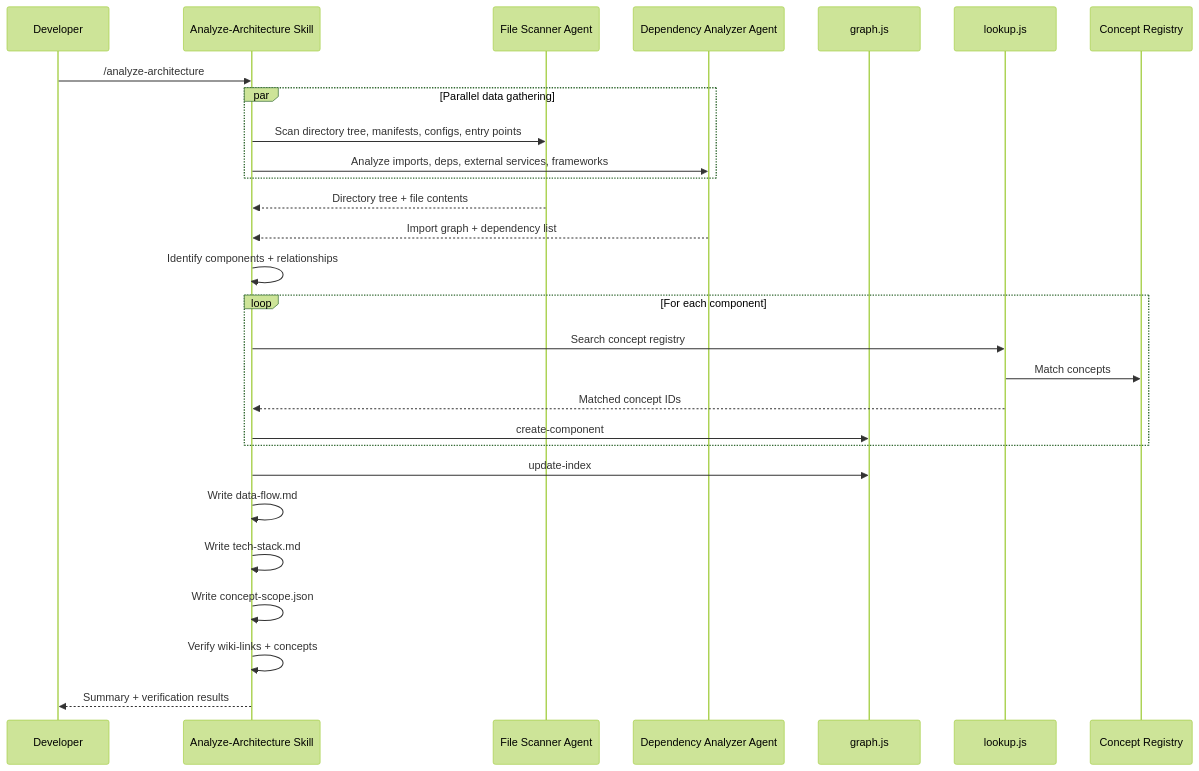
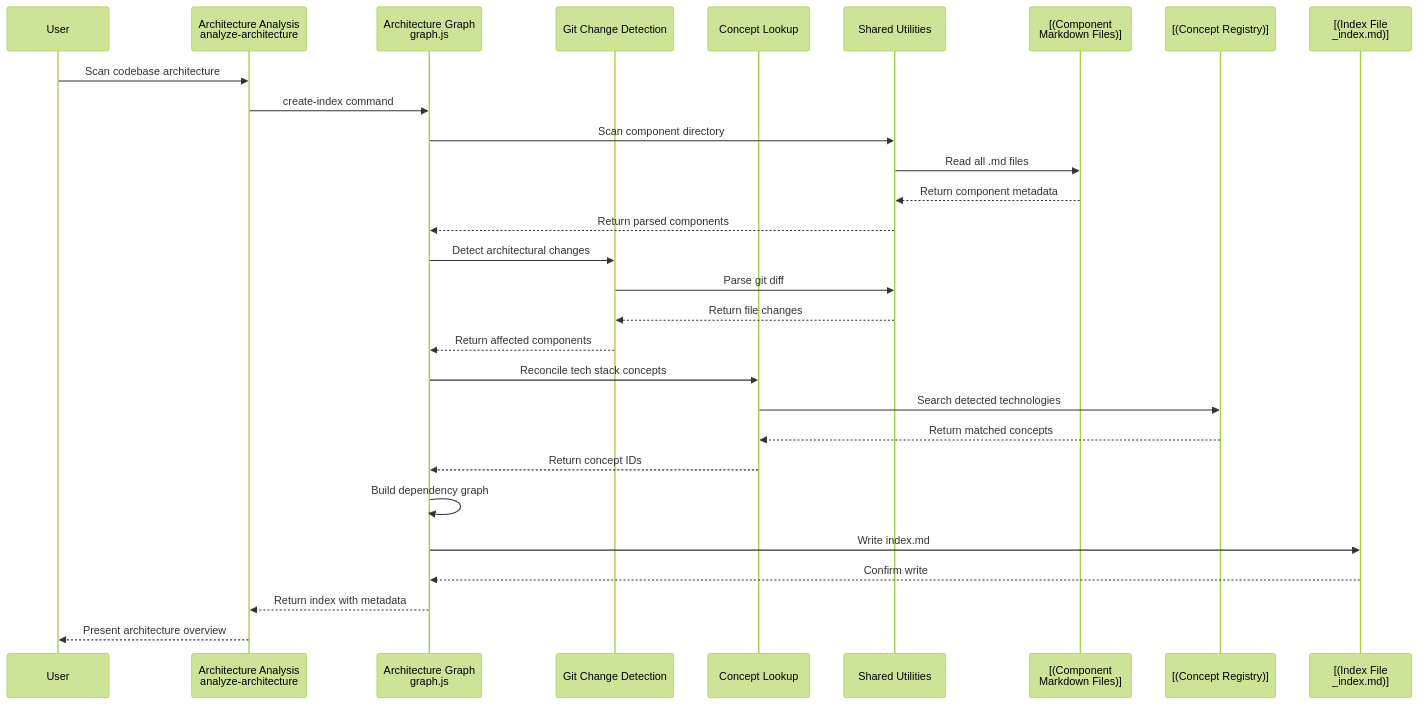
One commit to theadityamittal/claude-professor changed the fourth of 4 diagrams in docs/professor/architecture/data-flow.md. Above: the diagram before and after it, drawn with Mermaid (forest theme). The commit also changed other lines of this file and 25 other files, not shown here.

First line of the commit message:
docs: regenerate architecture components for v3.1.0

````diff
--- a/docs/professor/architecture/data-flow.md
+++ b/docs/professor/architecture/data-flow.md
@@ -85,34 +135,36 @@
 ```mermaid
 sequenceDiagram
-    participant Dev as Developer
-    participant AA as Analyze-Architecture Skill
-    participant FS as File Scanner Agent
-    participant DA as Dependency Analyzer Agent
-    participant GR as graph.js
-    participant LK as lookup.js
-    participant CR as Concept Registry
-
-    Dev->>AA: /analyze-architecture
-    par Parallel data gathering
-        AA->>FS: Scan directory tree, manifests, configs, entry points
-        AA->>DA: Analyze imports, deps, external services, frameworks
-    end
-    FS-->>AA: Directory tree + file contents
-    DA-->>AA: Import graph + dependency list
-
-    AA->>AA: Identify components + relationships
-
-    loop For each component
-        AA->>LK: Search concept registry
-        LK->>CR: Match concepts
-        LK-->>AA: Matched concept IDs
-        AA->>GR: create-component
-    end
-
-    AA->>GR: update-index
-    AA->>AA: Write data-flow.md
-    AA->>AA: Write tech-stack.md
-    AA->>AA: Write concept-scope.json
-    AA->>AA: Verify wiki-links + concepts
-    AA-->>Dev: Summary + verification results
+    participant User
+    participant AnalysisSkill as Architecture Analysis<br/>analyze-architecture
+    participant ArchGraph as Architecture Graph<br/>graph.js
+    participant GitDetect as Git Change Detection
+    participant ConceptLookup as Concept Lookup
+    participant SharedUtils as Shared Utilities
+    participant ComponentFiles as [(Component<br/>Markdown Files)]
+    participant ConceptRegistry as [(Concept Registry)]
+    participant IndexFile as [(Index File<br/>_index.md)]
+    
+    User->>AnalysisSkill: Scan codebase architecture
+    AnalysisSkill->>ArchGraph: create-index command
+    ArchGraph->>SharedUtils: Scan component directory
+    SharedUtils->>ComponentFiles: Read all .md files
+    ComponentFiles-->>SharedUtils: Return component metadata
+    SharedUtils-->>ArchGraph: Return parsed components
+    
+    ArchGraph->>GitDetect: Detect architectural changes
+    GitDetect->>SharedUtils: Parse git diff
+    SharedUtils-->>GitDetect: Return file changes
+    GitDetect-->>ArchGraph: Return affected components
+    
+    ArchGraph->>ConceptLookup: Reconcile tech stack concepts
+    ConceptLookup->>ConceptRegistry: Search detected technologies
+    ConceptRegistry-->>ConceptLookup: Return matched concepts
+    ConceptLookup-->>ArchGraph: Return concept IDs
+    
+    ArchGraph->>ArchGraph: Build dependency graph
+    ArchGraph->>IndexFile: Write index.md
+    IndexFile-->>ArchGraph: Confirm write
+    
+    ArchGraph-->>AnalysisSkill: Return index with metadata
+    AnalysisSkill-->>User: Present architecture overview
 ```
````
